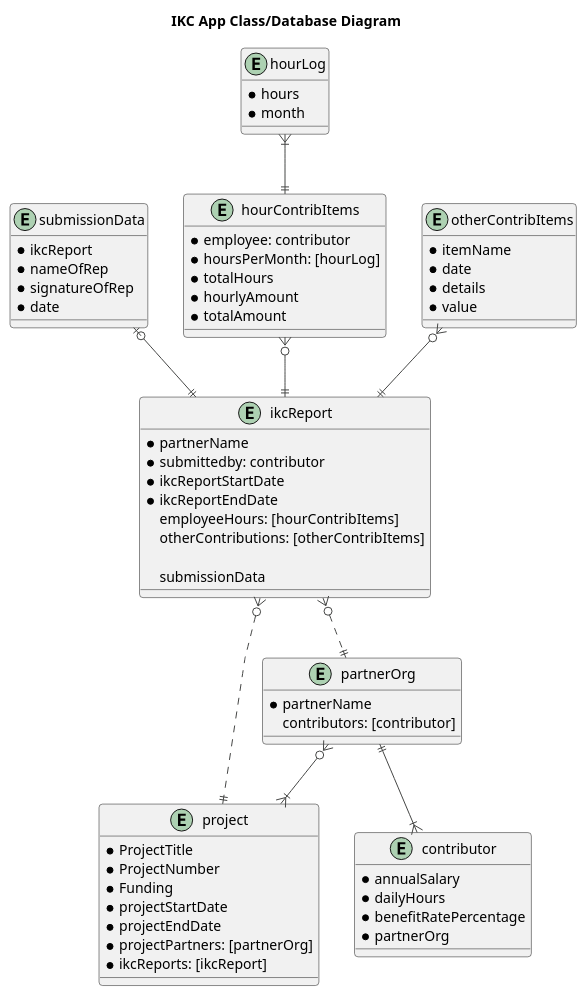
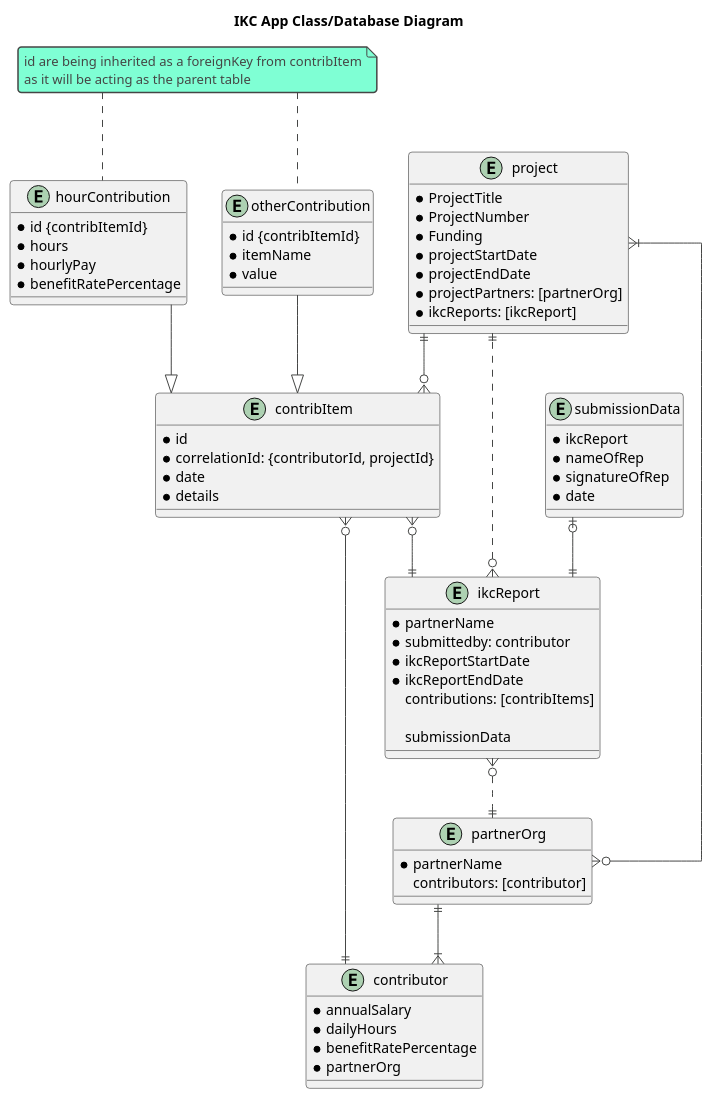
The diagram in PlantUML_Diagrams/ClassNDBDiagram.puml (IKC-Reporting/IKC_Docs), drawn with PlantUML before and after one commit.

Commit message:
adding slight update to class diagram

```diff
--- a/PlantUML_Diagrams/ClassNDBDiagram.puml
+++ b/PlantUML_Diagrams/ClassNDBDiagram.puml
@@ -1,81 +1,90 @@
 @startuml IKC App Class/Database Diagram
 title IKC App Class/Database Diagram
 !theme vibrant
-skinparam linetype polyline
+skinparam linetype ortho
 skinparam ConditionEndStyle hline
 
 entity project {
     * ProjectTitle
     * ProjectNumber
     * Funding
     * projectStartDate
     * projectEndDate
     * projectPartners: [partnerOrg]
     * ikcReports: [ikcReport]
 }
 
 entity contributor {
     * annualSalary
     * dailyHours
     * benefitRatePercentage
     * partnerOrg
 }
 
 entity partnerOrg {
     * partnerName
     contributors: [contributor]
 }
 
 partnerOrg }o--|{ project
 partnerOrg ||--|{ contributor
 
 entity ikcReport {
     * partnerName
     * submittedby: contributor
     * ikcReportStartDate
     * ikcReportEndDate
-    employeeHours: [hourContribItems]
-    otherContributions: [otherContribItems]
+    contributions: [contribItems]
 
     submissionData
 }
 
 ikcReport }o..|| project 
 ikcReport }o..|| partnerOrg
 
 entity submissionData {
     * ikcReport
     * nameOfRep
     * signatureOfRep
     * date
 }
 
 submissionData |o--|| ikcReport
 
 
-entity hourContribItems {
-    * employee: contributor
-    * hoursPerMonth: [hourLog]
-    * totalHours
-    * hourlyAmount
-    * totalAmount
+entity contribItem {
+    * id
+    * correlationId: {contributorId, projectId}
+    * date
+    * details
 }
 
-hourContribItems }o--|| ikcReport
+contribItem }o--|| ikcReport
 
-entity hourLog {
+entity hourContribution {
+    * id {contribItemId}
     * hours
-    * month
+    * hourlyPay
+    * benefitRatePercentage
 }
 
-hourLog }|--|| hourContribItems
-
-entity otherContribItems {
+entity otherContribution {
+    * id {contribItemId}
     * itemName
-    * date
-    * details
     * value
 }
-otherContribItems }o--|| ikcReport
+
+note as idNote
+id are being inherited as a foreignKey from contribItem
+as it will be acting as the parent table
+end note
+
+idNote .. hourContribution
+idNote .. otherContribution
+
+otherContribution --|> contribItem
+hourContribution --|> contribItem
+contributor ||--o{ contribItem
+project ||--o{ contribItem
 
 @enduml
```
